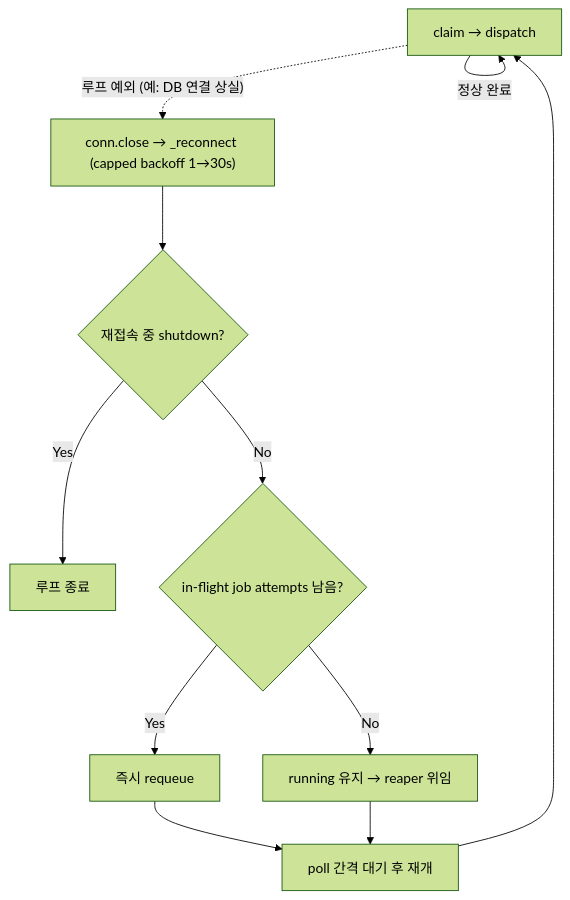
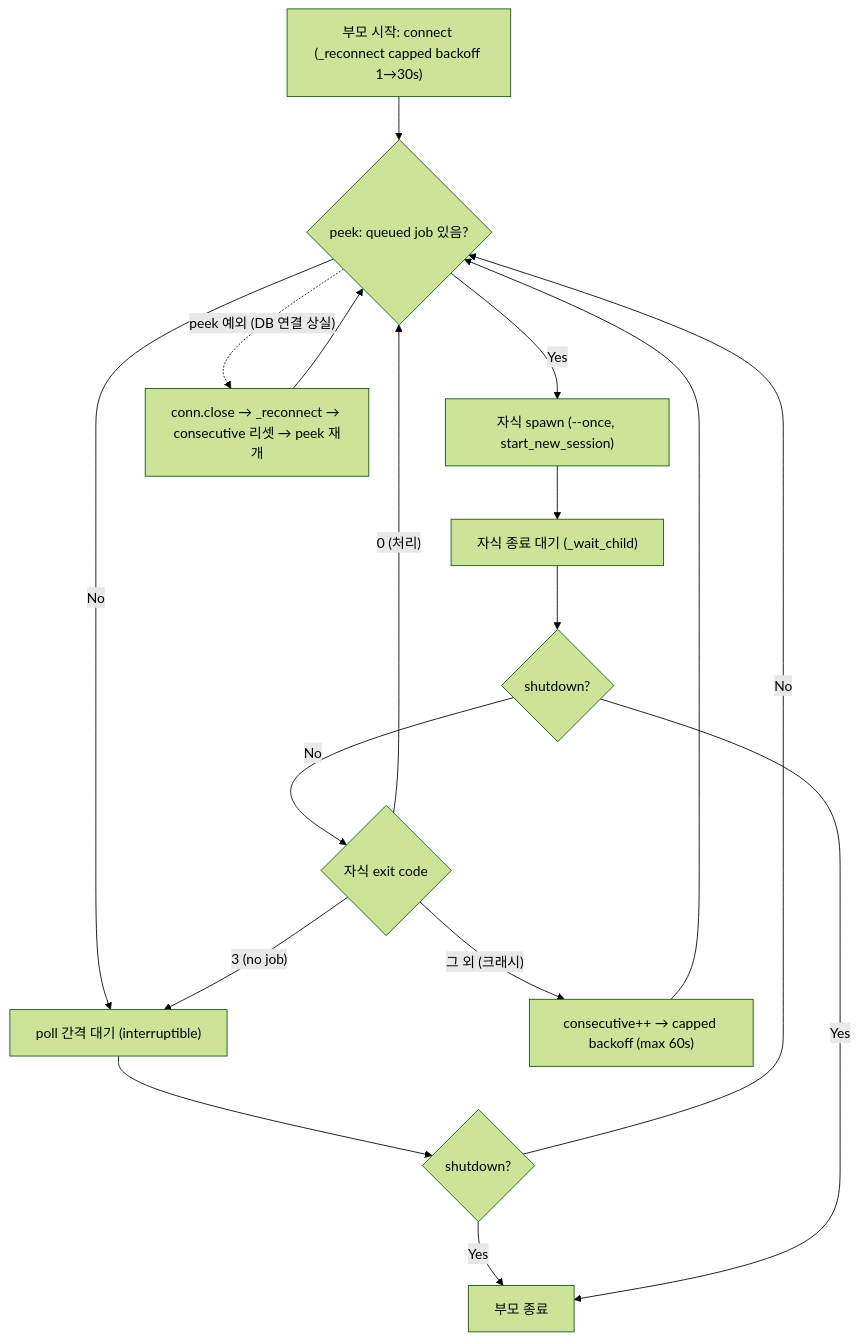
Before and after one commit to Yjason-K/Damwha: the third of 7 diagrams in be/docs/worker-architecture.md, drawn with Mermaid (forest theme). The commit also changed other lines of this file, not shown here.

Commit message:
docs: sync worker-architecture with supervisor/child model (remove stale run_loop flow)

````diff
--- a/be/docs/worker-architecture.md
+++ b/be/docs/worker-architecture.md
@@ -173,13 +167,19 @@
 ```mermaid
 flowchart TD
-    body["claim → dispatch"] -->|"정상 완료"| body
-    body -.->|"루프 예외 (예: DB 연결 상실)"| reconnect["conn.close → _reconnect (capped backoff 1→30s)"]
-    reconnect --> shut{"재접속 중 shutdown?"}
-    shut -->|"Yes"| stop["루프 종료"]
-    shut -->|"No"| inflight{"in-flight job attempts 남음?"}
-    inflight -->|"Yes"| rq["즉시 requeue"]
-    inflight -->|"No"| leave["running 유지 → reaper 위임"]
-    rq --> wait["poll 간격 대기 후 재개"]
-    leave --> wait
-    wait --> body
+    connect["부모 시작: connect (_reconnect capped backoff 1→30s)"] --> peek{"peek: queued job 있음?"}
+    peek -->|"No"| pwait["poll 간격 대기 (interruptible)"]
+    pwait --> pshut{"shutdown?"}
+    pshut -->|"Yes"| stop["부모 종료"]
+    pshut -->|"No"| peek
+    peek -->|"Yes"| spawn["자식 spawn (--once, start_new_session)"]
+    spawn --> waitc["자식 종료 대기 (_wait_child)"]
+    waitc --> sh{"shutdown?"}
+    sh -->|"Yes"| stop
+    sh -->|"No"| code{"자식 exit code"}
+    code -->|"0 (처리)"| peek
+    code -->|"3 (no job)"| pwait
+    code -->|"그 외 (크래시)"| backoff["consecutive++ → capped backoff (max 60s)"]
+    backoff --> peek
+    peek -.->|"peek 예외 (DB 연결 상실)"| recon["conn.close → _reconnect → consecutive 리셋 → peek 재개"]
+    recon --> peek
 ```
````
